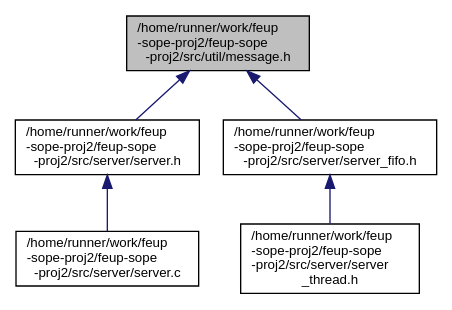
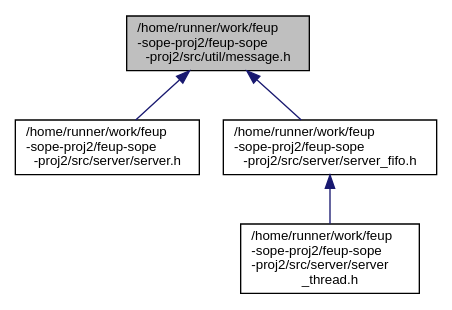
One commit to ctrlMarcio/feup-sope-proj2 changed the diagram in message_8h__dep__incl.dot. Above: the diagram before and after it, drawn with Graphviz. The commit also changed 43 other files, not shown here.

```diff
--- a/message_8h__dep__incl.dot
+++ b/message_8h__dep__incl.dot
@@ -1,14 +1,12 @@
 digraph "/home/runner/work/feup-sope-proj2/feup-sope-proj2/src/util/message.h"
 {
   edge [fontname="Helvetica",fontsize="10",labelfontname="Helvetica",labelfontsize="10"];
   node [fontname="Helvetica",fontsize="10",shape=record];
   Node9 [label="/home/runner/work/feup\l-sope-proj2/feup-sope\l-proj2/src/util/message.h",height=0.2,width=0.4,color="black", fillcolor="grey75", style="filled", fontcolor="black"];
   Node9 -> Node10 [dir="back",color="midnightblue",fontsize="10",style="solid",fontname="Helvetica"];
   Node10 [label="/home/runner/work/feup\l-sope-proj2/feup-sope\l-proj2/src/server/server.h",height=0.2,width=0.4,color="black", fillcolor="white", style="filled",URL="$server_8h.html",tooltip="Methods related to the server side. "];
-  Node10 -> Node11 [dir="back",color="midnightblue",fontsize="10",style="solid",fontname="Helvetica"];
-  Node11 [label="/home/runner/work/feup\l-sope-proj2/feup-sope\l-proj2/src/server/server.c",height=0.2,width=0.4,color="black", fillcolor="white", style="filled",URL="$server_8c.html",tooltip="Executes the operations related to server sided problems. "];
-  Node9 -> Node12 [dir="back",color="midnightblue",fontsize="10",style="solid",fontname="Helvetica"];
-  Node12 [label="/home/runner/work/feup\l-sope-proj2/feup-sope\l-proj2/src/server/server_fifo.h",height=0.2,width=0.4,color="black", fillcolor="white", style="filled",URL="$server__fifo_8h.html",tooltip="Methods related to FIFO handling. "];
-  Node12 -> Node13 [dir="back",color="midnightblue",fontsize="10",style="solid",fontname="Helvetica"];
-  Node13 [label="/home/runner/work/feup\l-sope-proj2/feup-sope\l-proj2/src/server/server\l_thread.h",height=0.2,width=0.4,color="black", fillcolor="white", style="filled",URL="$server__thread_8h.html",tooltip="Methods related to thread handling. "];
+  Node9 -> Node11 [dir="back",color="midnightblue",fontsize="10",style="solid",fontname="Helvetica"];
+  Node11 [label="/home/runner/work/feup\l-sope-proj2/feup-sope\l-proj2/src/server/server_fifo.h",height=0.2,width=0.4,color="black", fillcolor="white", style="filled",URL="$server__fifo_8h.html",tooltip="Methods related to FIFO handling. "];
+  Node11 -> Node12 [dir="back",color="midnightblue",fontsize="10",style="solid",fontname="Helvetica"];
+  Node12 [label="/home/runner/work/feup\l-sope-proj2/feup-sope\l-proj2/src/server/server\l_thread.h",height=0.2,width=0.4,color="black", fillcolor="white", style="filled",URL="$server__thread_8h.html",tooltip="Methods related to thread handling. "];
 }
```
